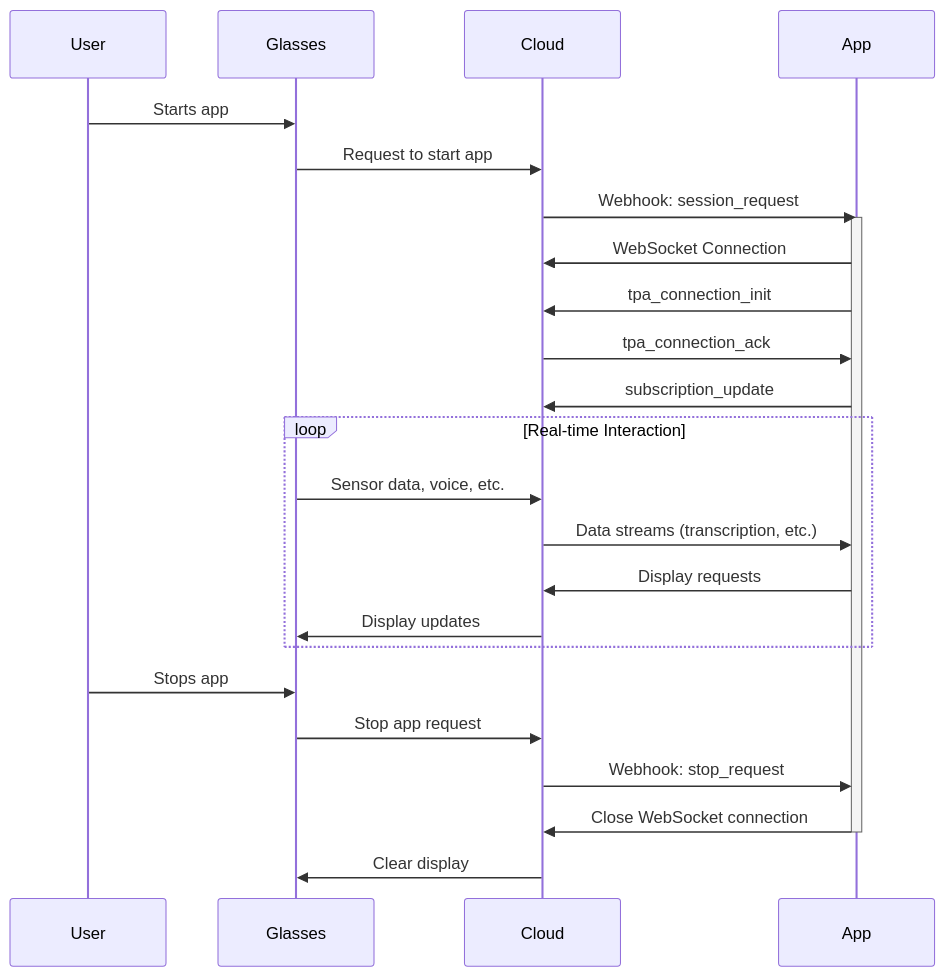
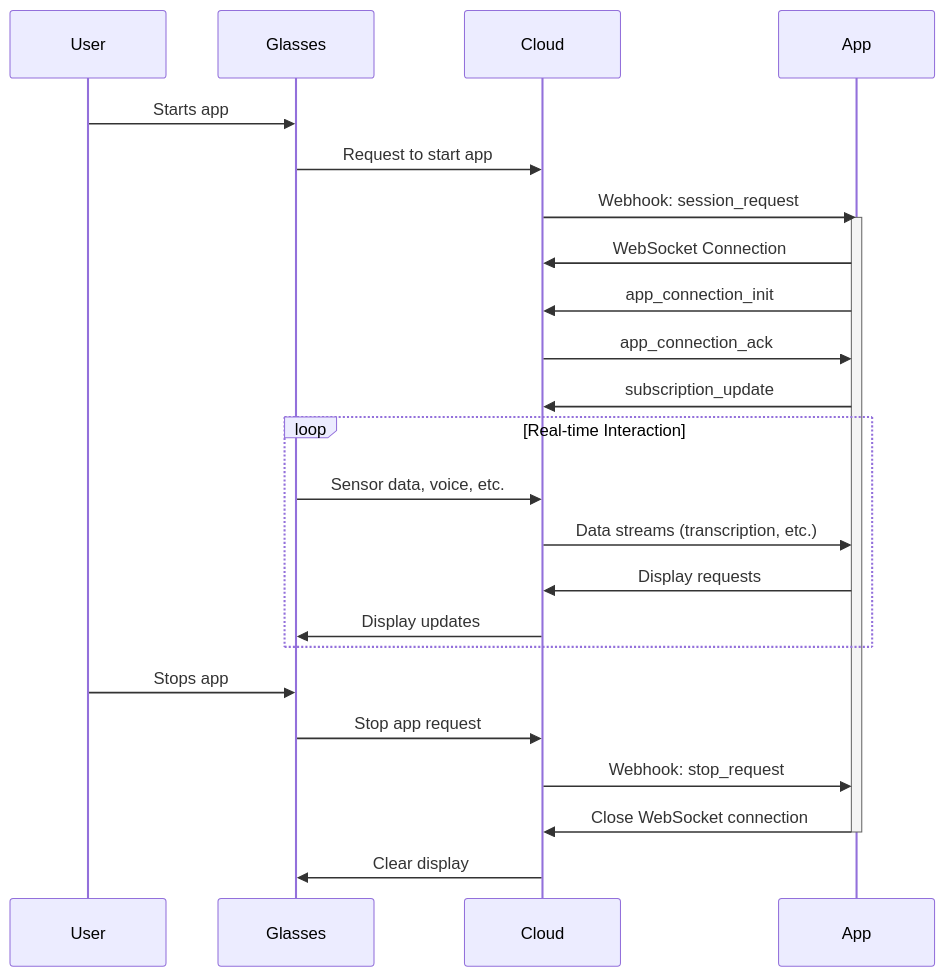
The diagram in mentraos_docs/docs/app-lifecycle.md (ebowwa/MentraOS), drawn with Mermaid before and after one commit. The commit also changed other lines of this file and 280 other files, not shown here.

Commit message:
change tpa to app in text

````diff
--- a/mentraos_docs/docs/app-lifecycle.md
+++ b/mentraos_docs/docs/app-lifecycle.md
@@ -76,28 +76,28 @@
 ```mermaid
 sequenceDiagram
     participant User
     participant Glasses
     participant Cloud
     participant App
 
     User->>Glasses: Starts app
     Glasses->>Cloud: Request to start app
     Cloud->>App: Webhook: session_request
     activate App
     App->>Cloud: WebSocket Connection
-    App->>Cloud: tpa_connection_init
-    Cloud->>App: tpa_connection_ack
+    App->>Cloud: app_connection_init
+    Cloud->>App: app_connection_ack
     App->>Cloud: subscription_update
     loop Real-time Interaction
         Glasses->>Cloud: Sensor data, voice, etc.
         Cloud->>App: Data streams (transcription, etc.)
         App->>Cloud: Display requests
         Cloud->>Glasses: Display updates
     end
     User->>Glasses: Stops app
     Glasses->>Cloud: Stop app request
     Cloud->>App: Webhook: stop_request
     App->>Cloud: Close WebSocket connection
     deactivate App
     Cloud->>Glasses: Clear display
 ```
````
